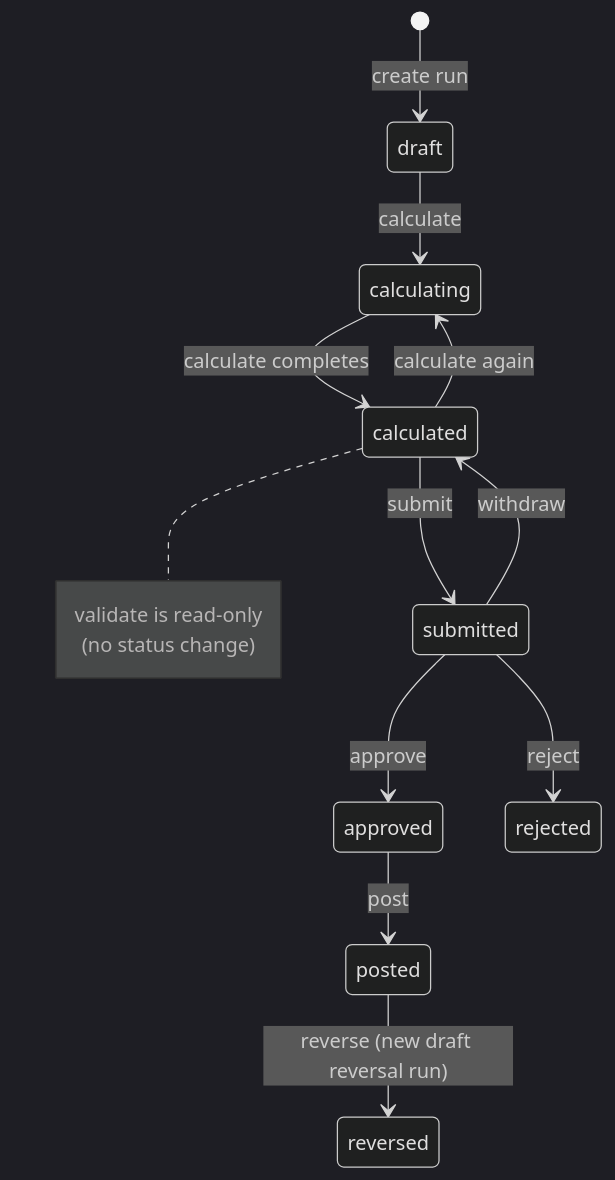
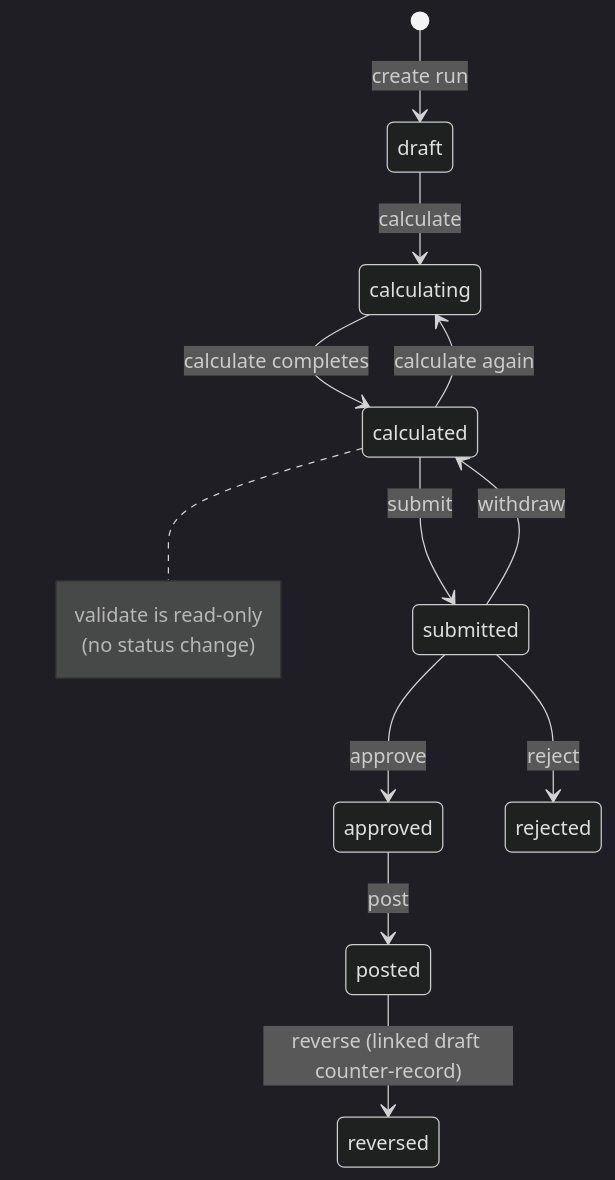
The second of 2 diagrams in docs/architecture.md (Ornament-AI/accord), drawn with Mermaid (dark theme) before and after one commit. The commit also changed other lines of this file and 223 other files, not shown here.

````diff
--- a/docs/architecture.md
+++ b/docs/architecture.md
@@ -52,18 +52,18 @@
 ```mermaid
 stateDiagram-v2
   [*] --> draft: create run
   draft --> calculating: calculate
   calculating --> calculated: calculate completes
   calculated --> calculating: calculate again
   calculated --> submitted: submit
   submitted --> calculated: withdraw
   submitted --> approved: approve
   submitted --> rejected: reject
   approved --> posted: post
-  posted --> reversed: reverse (new draft reversal run)
+  posted --> reversed: reverse (linked draft counter-record)
 
   note right of calculated
     validate is read-only
     (no status change)
   end note
 ```
````
